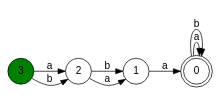
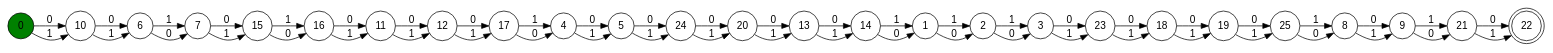
Before and after one commit to Ph03nixStyle/automata-string-domain: the diagram in test.dot, drawn with Graphviz. The commit also changed 13 other files, not shown here.

```diff
--- a/test.dot
+++ b/test.dot
@@ -1,16 +1,59 @@
 digraph finite_state_machine {
     fontname="Helvetica,Arial,sans-serif"
     node [fontname="Helvetica,Arial,sans-serif"]
     edge [fontname="Helvetica,Arial,sans-serif"]
     rankdir=LR;
-    node [shape=circle style=filled fillcolor=green] 3;
-    node [shape=doublecircle fillcolor=white] 0;
+    node [shape=circle style=filled fillcolor=green] 0;
+    node [shape=doublecircle fillcolor=white] 22;
     node [shape=circle fillcolor=white];
-    1 -> 0 [label = "a"];
-    3 -> 2 [label = "a"];
-    2 -> 1 [label = "b"];
-    3 -> 2 [label = "b"];
-    0 -> 0 [label = "a"];
-    0 -> 0 [label = "b"];
-    2 -> 1 [label = "a"];
+    25 -> 8 [label = "1"];
+    15 -> 16 [label = "1"];
+    0 -> 10 [label = "0"];
+    21 -> 22 [label = "0"];
+    21 -> 22 [label = "1"];
+    12 -> 17 [label = "0"];
+    1 -> 2 [label = "1"];
+    16 -> 11 [label = "0"];
+    16 -> 11 [label = "1"];
+    11 -> 12 [label = "0"];
+    8 -> 9 [label = "0"];
+    14 -> 1 [label = "1"];
+    19 -> 25 [label = "0"];
+    6 -> 7 [label = "1"];
+    9 -> 21 [label = "1"];
+    11 -> 12 [label = "1"];
+    19 -> 25 [label = "1"];
+    4 -> 5 [label = "0"];
+    1 -> 2 [label = "0"];
+    24 -> 20 [label = "0"];
+    5 -> 24 [label = "0"];
+    13 -> 14 [label = "0"];
+    2 -> 3 [label = "1"];
+    13 -> 14 [label = "1"];
+    23 -> 18 [label = "0"];
+    7 -> 15 [label = "0"];
+    18 -> 19 [label = "0"];
+    20 -> 13 [label = "0"];
+    10 -> 6 [label = "0"];
+    23 -> 18 [label = "1"];
+    3 -> 23 [label = "0"];
+    7 -> 15 [label = "1"];
+    15 -> 16 [label = "0"];
+    4 -> 5 [label = "1"];
+    2 -> 3 [label = "0"];
+    17 -> 4 [label = "1"];
+    14 -> 1 [label = "0"];
+    3 -> 23 [label = "1"];
+    5 -> 24 [label = "1"];
+    20 -> 13 [label = "1"];
+    18 -> 19 [label = "1"];
+    12 -> 17 [label = "1"];
+    6 -> 7 [label = "0"];
+    0 -> 10 [label = "1"];
+    9 -> 21 [label = "0"];
+    24 -> 20 [label = "1"];
+    10 -> 6 [label = "1"];
+    8 -> 9 [label = "1"];
+    25 -> 8 [label = "0"];
+    17 -> 4 [label = "0"];
 }
```
